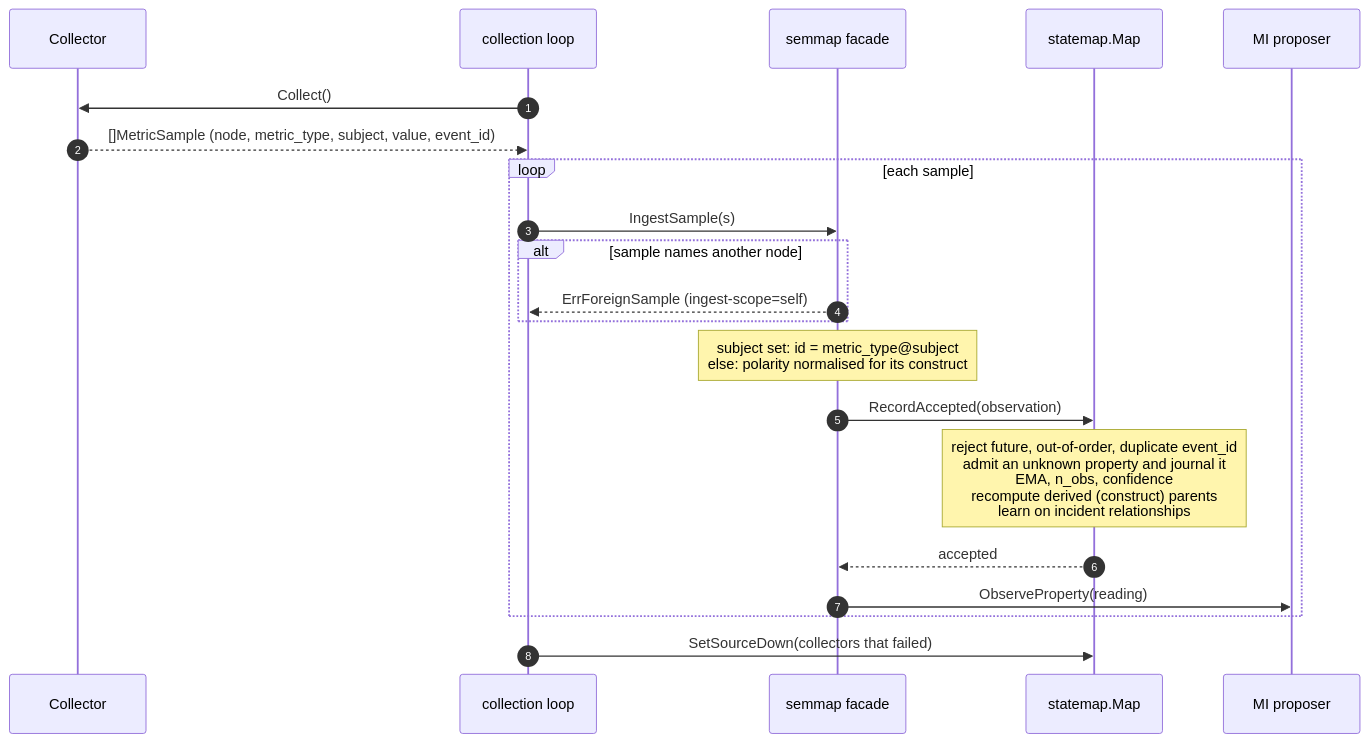
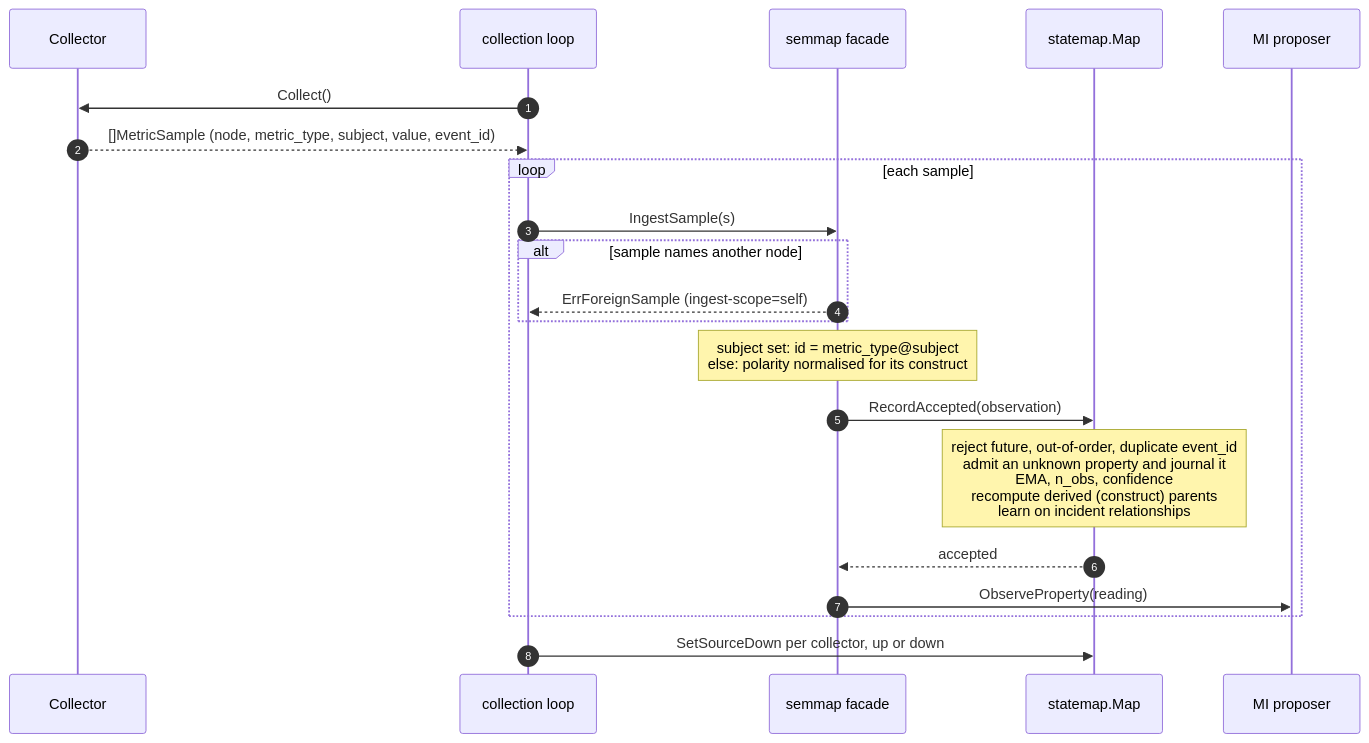
Before and after one commit to DiyazY/di-agent: the fourth of 21 diagrams in docs/architecture-diagrams.md, drawn with Mermaid. The commit also changed other lines of this file and 10 other files, not shown here.

First line of the commit message:
docs: correct diagrams and contract counts from PR review

````diff
--- a/docs/architecture-diagrams.md
+++ b/docs/architecture-diagrams.md
@@ -194,24 +194,24 @@
 ```mermaid
 sequenceDiagram
     autonumber
     participant C as Collector
     participant L as collection loop
     participant F as semmap facade
     participant M as statemap.Map
     participant P as MI proposer
 
     L->>C: Collect()
     C-->>L: []MetricSample (node, metric_type, subject, value, event_id)
     loop each sample
         L->>F: IngestSample(s)
         alt sample names another node
             F-->>L: ErrForeignSample (ingest-scope=self)
         end
         Note over F: subject set: id = metric_type@subject<br/>else: polarity normalised for its construct
         F->>M: RecordAccepted(observation)
         Note over M: reject future, out-of-order, duplicate event_id<br/>admit an unknown property and journal it<br/>EMA, n_obs, confidence<br/>recompute derived (construct) parents<br/>learn on incident relationships
         M-->>F: accepted
         F->>P: ObserveProperty(reading)
     end
-    L->>M: SetSourceDown(collectors that failed)
+    L->>M: SetSourceDown per collector, up or down
 ```
````
